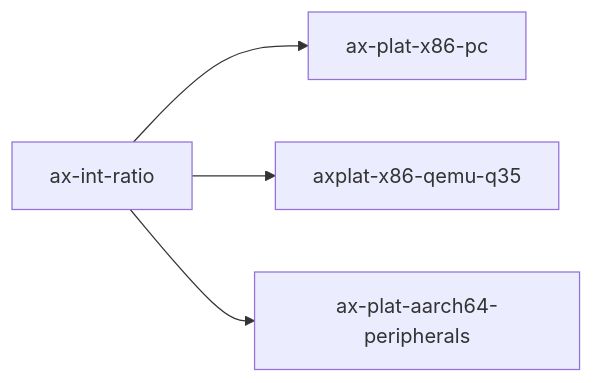
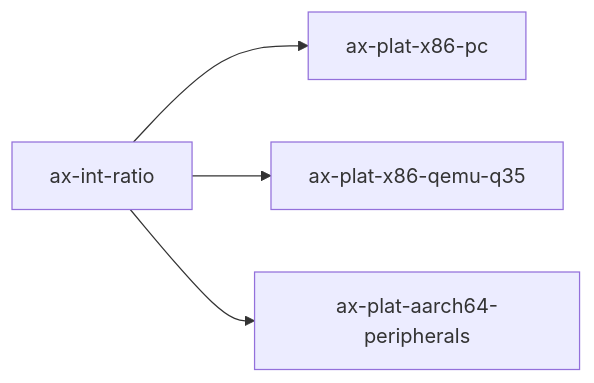
The diagram in docs/docs/components/crates/ax-int-ratio.md (rcore-os/tgoskits), drawn with Mermaid before and after one commit. The commit also changed other lines of this file and 349 other files, not shown here.

First line of the commit message:
Implement platform-specific interrupt handling and setup for various architectures

````diff
--- a/docs/docs/components/crates/ax-int-ratio.md
+++ b/docs/docs/components/crates/ax-int-ratio.md
@@ -64,6 +64,6 @@
 ```mermaid
 graph LR
     ax_int_ratio["ax-int-ratio"] --> x86pc["ax-plat-x86-pc"]
-    ax_int_ratio --> x86q35["axplat-x86-qemu-q35"]
+    ax_int_ratio --> x86q35["ax-plat-x86-qemu-q35"]
     ax_int_ratio --> aarch64["ax-plat-aarch64-peripherals"]
 ```
````
